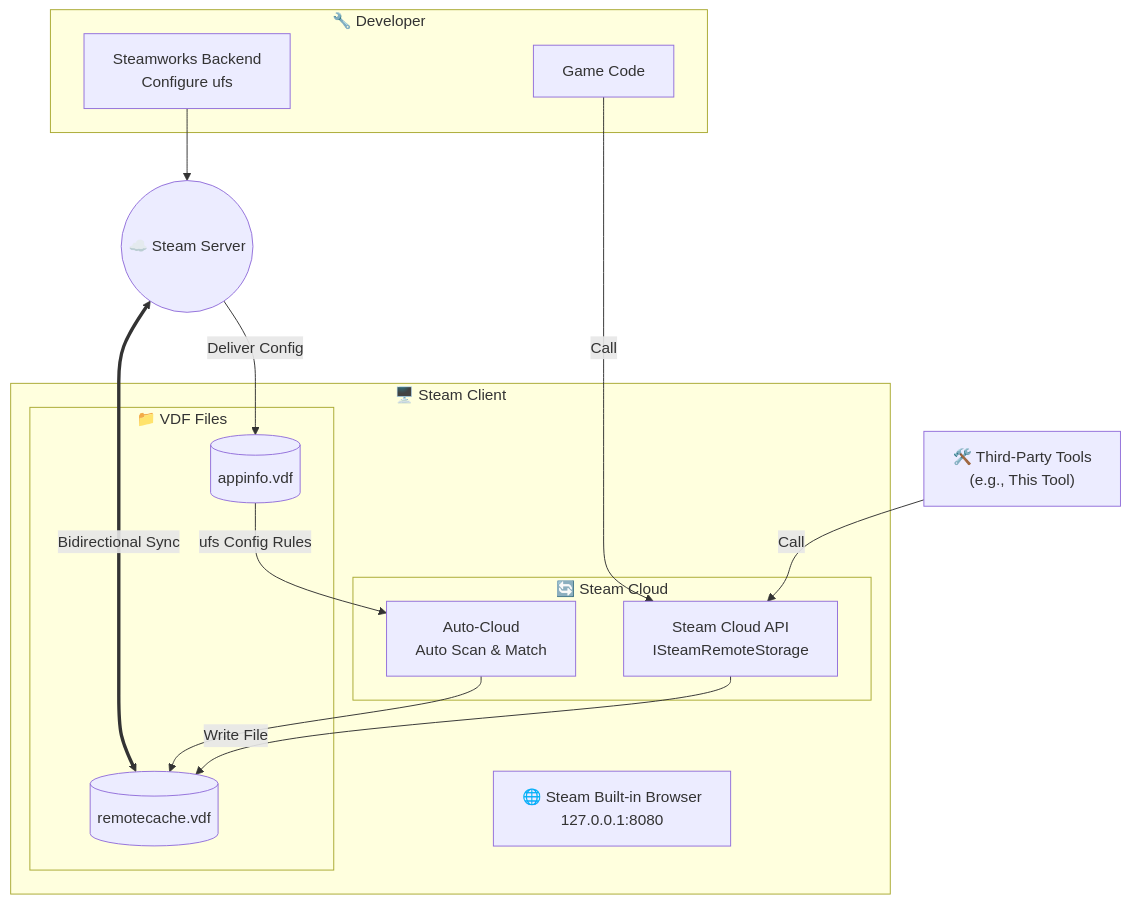
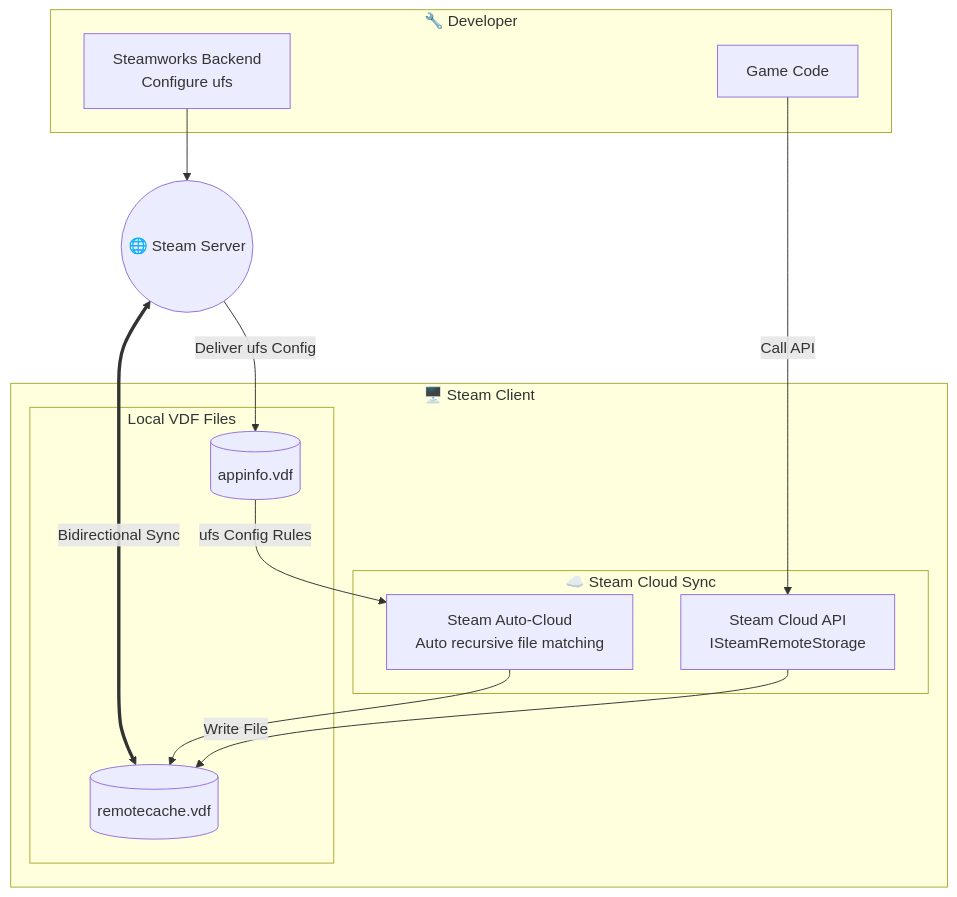
One commit to Fldicoahkiin/SteamCloudFileManager changed the first of 4 diagrams in README.en.md. Above: the diagram before and after it, drawn with Mermaid. The commit also changed other lines of this file and 2 other files, not shown here.

Commit message:
docs: 更新 README 文档，完善 UFS 配置管理功能说明

````diff
--- a/README.en.md
+++ b/README.en.md
@@ -258,40 +258,35 @@
 ```mermaid
 graph TB
     subgraph dev["🔧 Developer"]
         Steamworks["Steamworks Backend<br/>Configure ufs"]
         GameCode["Game Code"]
     end
     
-    Cloud(("☁️ Steam Server"))
+    Cloud(("🌐 Steam Server"))
     
     subgraph client["🖥️ Steam Client"]
-        subgraph vdf["📁 VDF Files"]
+        subgraph vdf["Local VDF Files"]
             AppInfo[(appinfo.vdf)]
             RemoteCache[(remotecache.vdf)]
         end
         
-        subgraph sync["🔄 Steam Cloud"]
-            Auto["Auto-Cloud<br/>Auto Scan & Match"]
+        subgraph sync["☁️ Steam Cloud Sync"]
+            Auto["Steam Auto-Cloud<br/>Auto recursive file matching"]
             API["Steam Cloud API<br/>ISteamRemoteStorage"]
         end
-        
-        SteamBrowser["🌐 Steam Built-in Browser<br/>127.0.0.1:8080"]
     end
     
-    ThirdParty["🛠️ Third-Party Tools<br/>(e.g., This Tool)"]
-    
-    %% Steamworks Config → Auto-Cloud
+    %% Steamworks config delivery
     Steamworks --> Cloud
-    Cloud -->|Deliver Config| AppInfo
+    Cloud -->|Deliver ufs Config| AppInfo
     AppInfo -->|ufs Config Rules| Auto
     Auto --> RemoteCache
     
-    %% Game Code/Third-Party → API
-    GameCode -->|Call| API
-    ThirdParty -->|Call| API
+    %% Game code calls API
+    GameCode -->|Call API| API
     API -->|Write File| RemoteCache
     
-    %% Bidirectional Sync
+    %% Bidirectional sync
     RemoteCache <===>|Bidirectional Sync| Cloud
 
 ```
````
